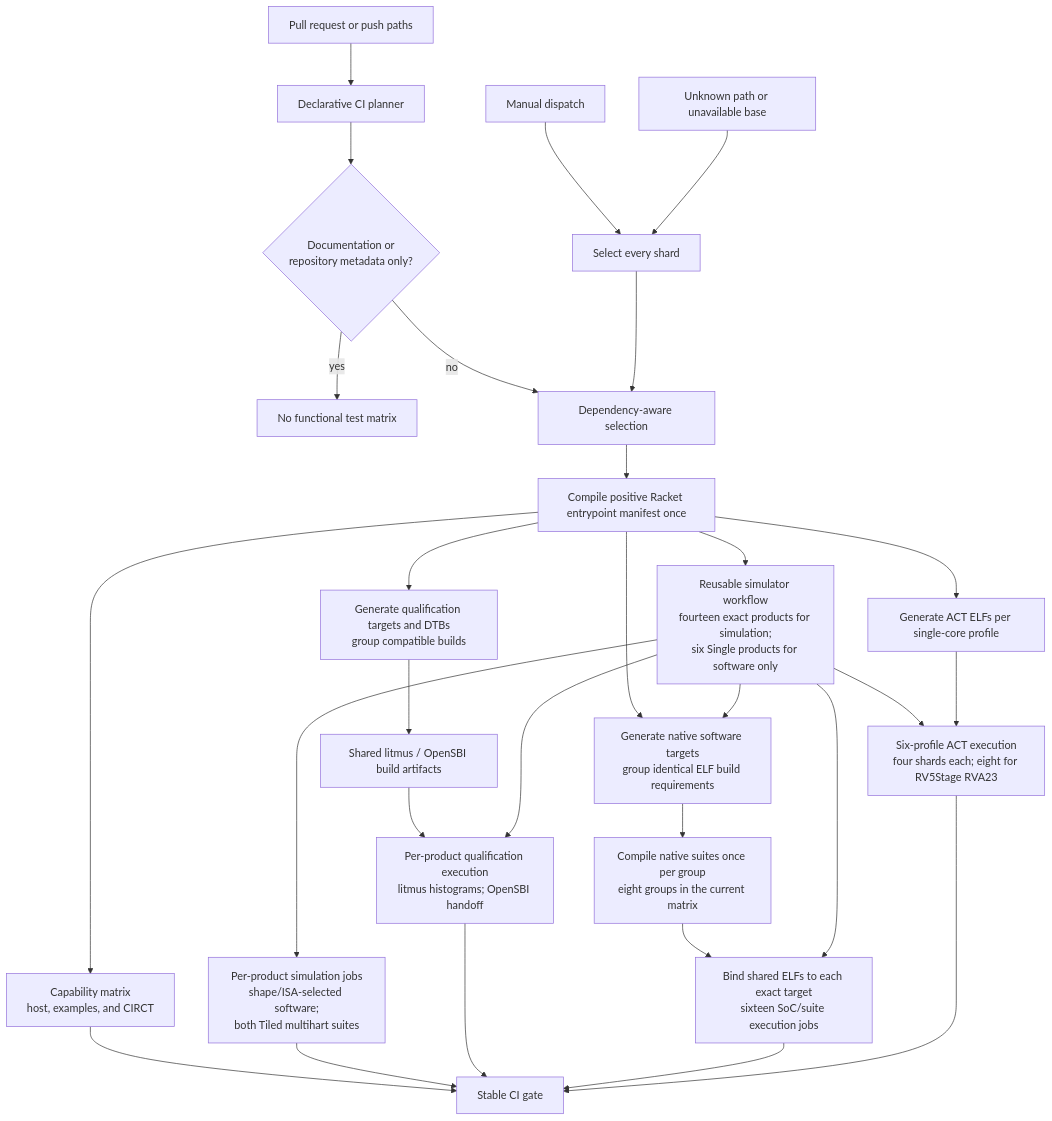
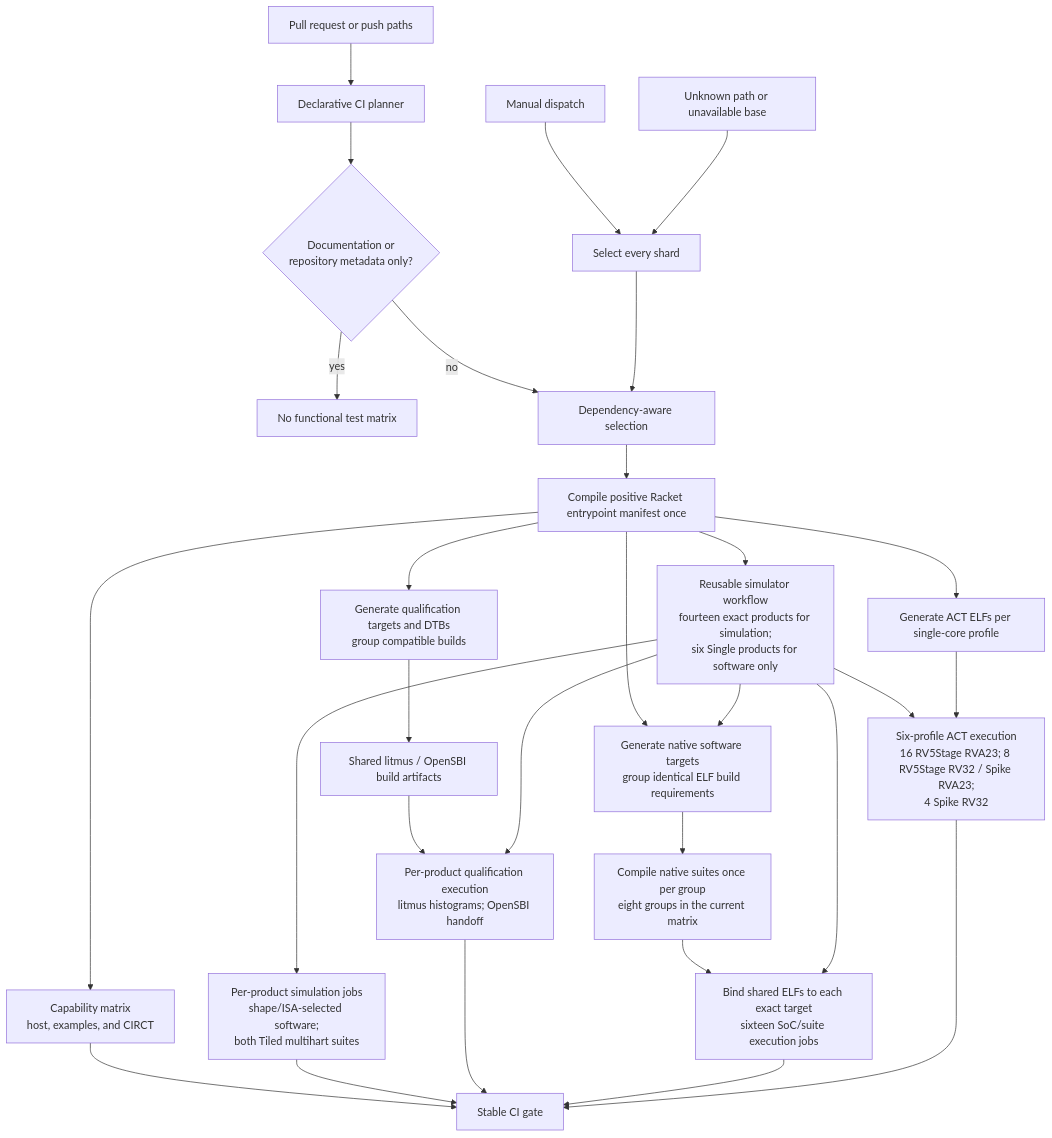
Before and after one commit to jerryz123/rhodium: the diagram in tools/testing/DEVELOPING.md, drawn with Mermaid. The commit also changed other lines of this file and 4 other files, not shown here.

````diff
--- a/tools/testing/DEVELOPING.md
+++ b/tools/testing/DEVELOPING.md
@@ -119,31 +119,31 @@
 ```mermaid
 flowchart TD
     Changes["Pull request or push paths"] --> Classifier["Declarative CI planner"]
     Manual["Manual dispatch"] --> All["Select every shard"]
     Unknown["Unknown path or unavailable base"] --> All
     Classifier --> Docs{"Documentation or<br/>repository metadata only?"}
     Docs -->|yes| None["No functional test matrix"]
     Docs -->|no| Selected["Dependency-aware selection"]
     All --> Selected
     Selected --> Compile["Compile positive Racket entrypoint manifest once"]
     Compile --> Checks["Capability matrix<br/>host, examples, and CIRCT"]
     Compile --> Simulators["Reusable simulator workflow<br/>fourteen exact products for simulation;<br/>six Single products for software only"]
     Simulators --> Simulation["Per-product simulation jobs<br/>shape/ISA-selected software;<br/>both Tiled multihart suites"]
     Compile --> QualificationTargets["Generate qualification targets and DTBs<br/>group compatible builds"]
     QualificationTargets --> QualificationBuilds["Shared litmus / OpenSBI build artifacts"]
     QualificationBuilds --> Qualification["Per-product qualification execution<br/>litmus histograms; OpenSBI handoff"]
     Simulators --> Qualification
     Compile --> ProgramTargets["Generate native software targets<br/>group identical ELF build requirements"]
     Simulators --> ProgramTargets
     ProgramTargets --> ProgramBuilds["Compile native suites once per group<br/>eight groups in the current matrix"]
     ProgramBuilds --> Programs["Bind shared ELFs to each exact target<br/>sixteen SoC/suite execution jobs"]
     Simulators --> Programs
     Compile --> ActBuild["Generate ACT ELFs per single-core profile"]
-    Simulators --> ActRun["Six-profile ACT execution<br/>four shards each; eight for RV5Stage RVA23"]
+    Simulators --> ActRun["Six-profile ACT execution<br/>16 RV5Stage RVA23; 8 RV5Stage RV32 / Spike RVA23;<br/>4 Spike RV32"]
     ActBuild --> ActRun
     Checks --> Gate["Stable CI gate"]
     Simulation --> Gate
     Qualification --> Gate
     Programs --> Gate
     ActRun --> Gate
 ```
````
